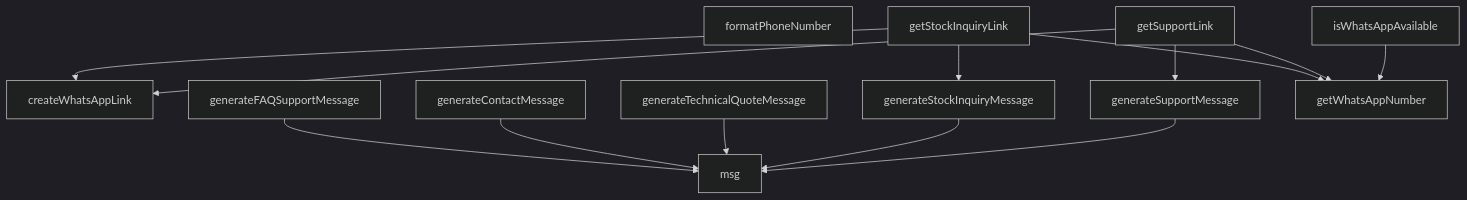
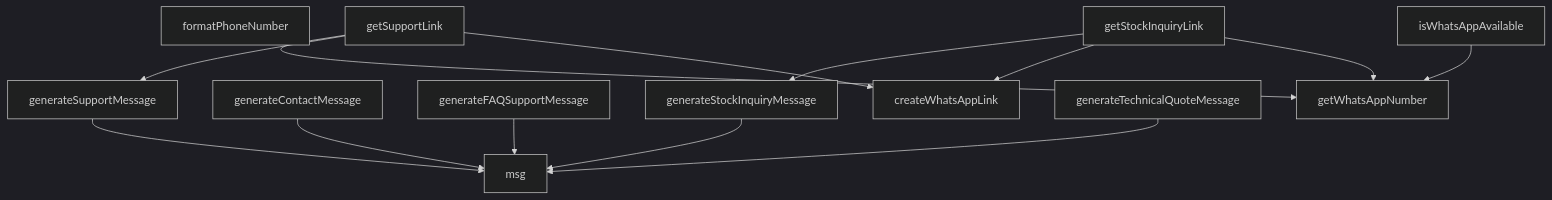
The diagram in src/utils/whatsapp.md (peckop/venthub-hvac-esite), drawn with Mermaid (dark theme) before and after one commit. The commit also changed other lines of this file and 189 other files, not shown here.

````diff
--- a/src/utils/whatsapp.md
+++ b/src/utils/whatsapp.md
@@ -250,27 +216,27 @@
 ```mermaid
 graph TD
     whatsapp_ts__createWhatsAppLink["createWhatsAppLink"]
     whatsapp_ts__formatPhoneNumber["formatPhoneNumber"]
     whatsapp_ts__generateContactMessage["generateContactMessage"]
     whatsapp_ts__generateFAQSupportMessage["generateFAQSupportMessage"]
     whatsapp_ts__generateStockInquiryMessage["generateStockInquiryMessage"]
     whatsapp_ts__generateSupportMessage["generateSupportMessage"]
     whatsapp_ts__generateTechnicalQuoteMessage["generateTechnicalQuoteMessage"]
     whatsapp_ts__getStockInquiryLink["getStockInquiryLink"]
     whatsapp_ts__getSupportLink["getSupportLink"]
     whatsapp_ts__getWhatsAppNumber["getWhatsAppNumber"]
     whatsapp_ts__isWhatsAppAvailable["isWhatsAppAvailable"]
     whatsapp_ts__msg["msg"]
-    whatsapp_ts__getStockInquiryLink --> whatsapp_ts__generateStockInquiryMessage
+    whatsapp_ts__getSupportLink --> whatsapp_ts__createWhatsAppLink
+    whatsapp_ts__generateTechnicalQuoteMessage --> whatsapp_ts__msg
+    whatsapp_ts__getSupportLink --> whatsapp_ts__generateSupportMessage
+    whatsapp_ts__generateFAQSupportMessage --> whatsapp_ts__msg
+    whatsapp_ts__generateSupportMessage --> whatsapp_ts__msg
+    whatsapp_ts__getStockInquiryLink --> whatsapp_ts__getWhatsAppNumber
+    whatsapp_ts__getStockInquiryLink --> whatsapp_ts__createWhatsAppLink
+    whatsapp_ts__generateStockInquiryMessage --> whatsapp_ts__msg
     whatsapp_ts__isWhatsAppAvailable --> whatsapp_ts__getWhatsAppNumber
-    whatsapp_ts__generateSupportMessage --> whatsapp_ts__msg
-    whatsapp_ts__getSupportLink --> whatsapp_ts__createWhatsAppLink
-    whatsapp_ts__generateStockInquiryMessage --> whatsapp_ts__msg
-    whatsapp_ts__getSupportLink --> whatsapp_ts__generateSupportMessage
-    whatsapp_ts__generateTechnicalQuoteMessage --> whatsapp_ts__msg
     whatsapp_ts__generateContactMessage --> whatsapp_ts__msg
     whatsapp_ts__getSupportLink --> whatsapp_ts__getWhatsAppNumber
-    whatsapp_ts__generateFAQSupportMessage --> whatsapp_ts__msg
-    whatsapp_ts__getStockInquiryLink --> whatsapp_ts__getWhatsAppNumber
-    whatsapp_ts__getStockInquiryLink --> whatsapp_ts__createWhatsAppLink
+    whatsapp_ts__getStockInquiryLink --> whatsapp_ts__generateStockInquiryMessage
 ```
````
